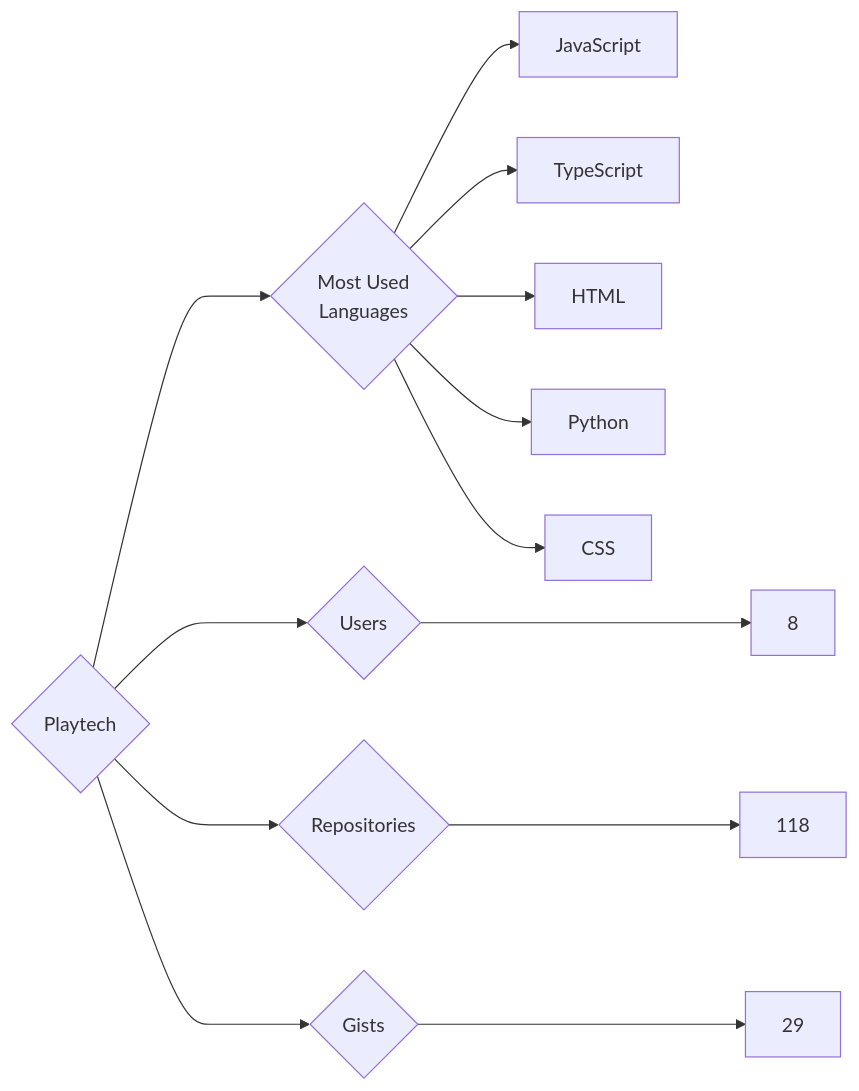
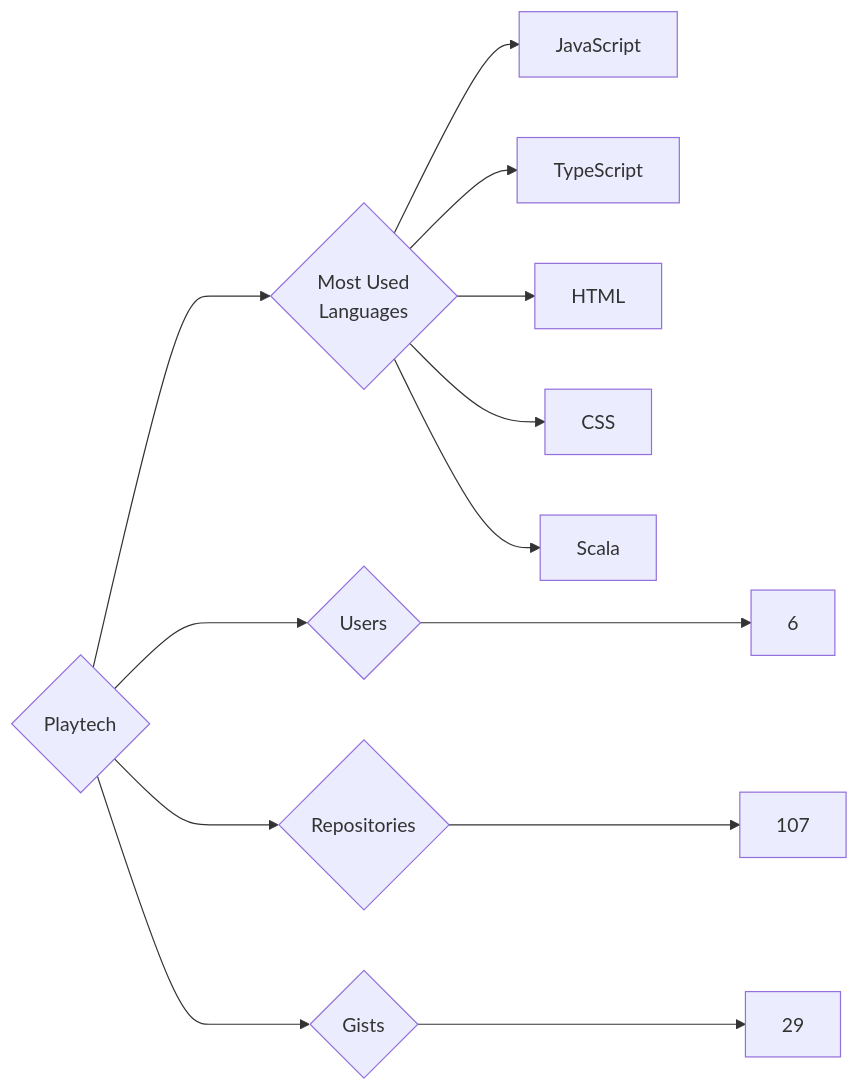
One commit to trickest/insiders changed the diagram in targets/Playtech/README.md. Above: the diagram before and after it, drawn with Mermaid. The commit also changed 1389 other files, not shown here.

````diff
--- a/targets/Playtech/README.md
+++ b/targets/Playtech/README.md
@@ -3,13 +3,13 @@
 ```mermaid
 graph LR
 COMPANY_NAME{Playtech}
-COMPANY_NAME ---> U{Users} ---> UN[8]
-COMPANY_NAME ---> R{Repositories} ---> RN[118]
+COMPANY_NAME ---> U{Users} ---> UN[6]
+COMPANY_NAME ---> R{Repositories} ---> RN[107]
 COMPANY_NAME ---> G{Gists} ---> GN[29]
 COMPANY_NAME ---> ML{Most Used<br>Languages}
 ML --> JavaScript[JavaScript]
 ML --> TypeScript[TypeScript]
 ML --> HTML[HTML]
-ML --> Python[Python]
 ML --> CSS[CSS]
+ML --> Scala[Scala]
 ```
````
